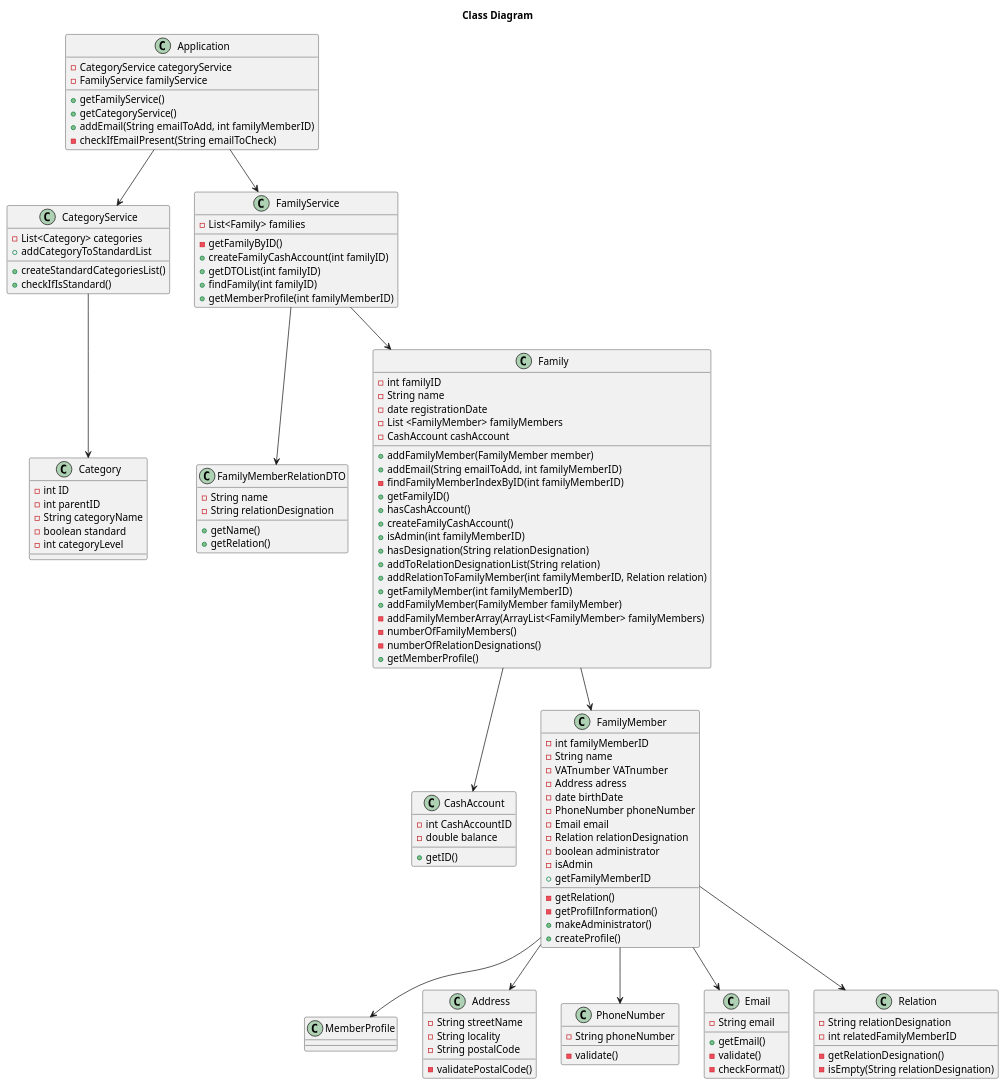
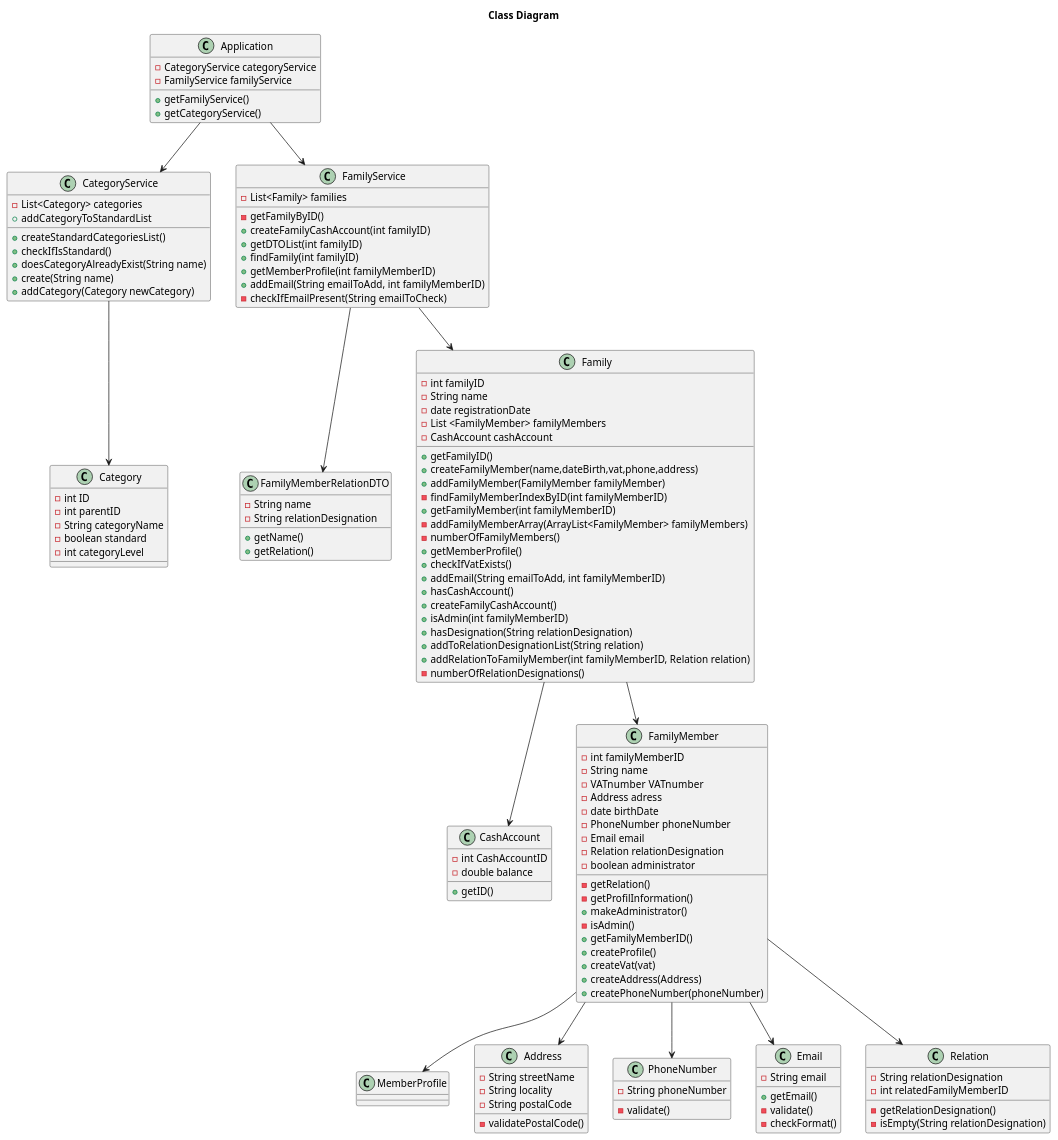
The diagram in docs/ClassDiagram.md (tomas-osswald/switch_2020_g3), drawn with PlantUML before and after one commit.

Commit message:
Changes to ClassDiagram.md before group meeting to discuss Class Diagram

```diff
--- a/docs/ClassDiagram.md
+++ b/docs/ClassDiagram.md
@@ -9,8 +9,6 @@
   - FamilyService familyService
   + getFamilyService()
   + getCategoryService()
-  + addEmail(String emailToAdd, int familyMemberID)
-  - checkIfEmailPresent(String emailToCheck)
 }
 
 class CategoryService {
@@ -18,6 +16,9 @@
   + createStandardCategoriesList()
   + checkIfIsStandard()
   + addCategoryToStandardList
+  + doesCategoryAlreadyExist(String name)
+  + create(String name)
+  + addCategory(Category newCategory)
 }
 
 class Category {
@@ -35,6 +36,8 @@
   + getDTOList(int familyID)
   + findFamily(int familyID)
   + getMemberProfile(int familyMemberID)
+  + addEmail(String emailToAdd, int familyMemberID)
+  - checkIfEmailPresent(String emailToCheck)
 }
 
 class FamilyMemberRelationDTO {
@@ -50,22 +53,23 @@
   - date registrationDate
   - List <FamilyMember> familyMembers
   - CashAccount cashAccount
-  + addFamilyMember(FamilyMember member)
+  + getFamilyID()
+  + createFamilyMember(name,dateBirth,vat,phone,address)
+  + addFamilyMember(FamilyMember familyMember)
+  - findFamilyMemberIndexByID(int familyMemberID)
+  + getFamilyMember(int familyMemberID)
+  - addFamilyMemberArray(ArrayList<FamilyMember> familyMembers)
+  - numberOfFamilyMembers()
+  + getMemberProfile()
+  + checkIfVatExists()
   + addEmail(String emailToAdd, int familyMemberID)
-  - findFamilyMemberIndexByID(int familyMemberID)
-  + getFamilyID()
   + hasCashAccount()
   + createFamilyCashAccount()
   + isAdmin(int familyMemberID)
   + hasDesignation(String relationDesignation)
   + addToRelationDesignationList(String relation)
   + addRelationToFamilyMember(int familyMemberID, Relation relation)
-  + getFamilyMember(int familyMemberID)
-  + addFamilyMember(FamilyMember familyMember)
-  - addFamilyMemberArray(ArrayList<FamilyMember> familyMembers)
-  - numberOfFamilyMembers()
   - numberOfRelationDesignations()
-  + getMemberProfile()
 }
 
 class CashAccount {
@@ -87,9 +91,12 @@
   - getRelation()
   - getProfilInformation()
   + makeAdministrator()
-  - isAdmin
-  + getFamilyMemberID
-  + createProfile()  
+  - isAdmin()
+  + getFamilyMemberID()
+  + createProfile()
+  + createVat(vat)
+  + createAddress(Address)
+  + createPhoneNumber(phoneNumber)
 }
 
 class MemberProfile {
```
